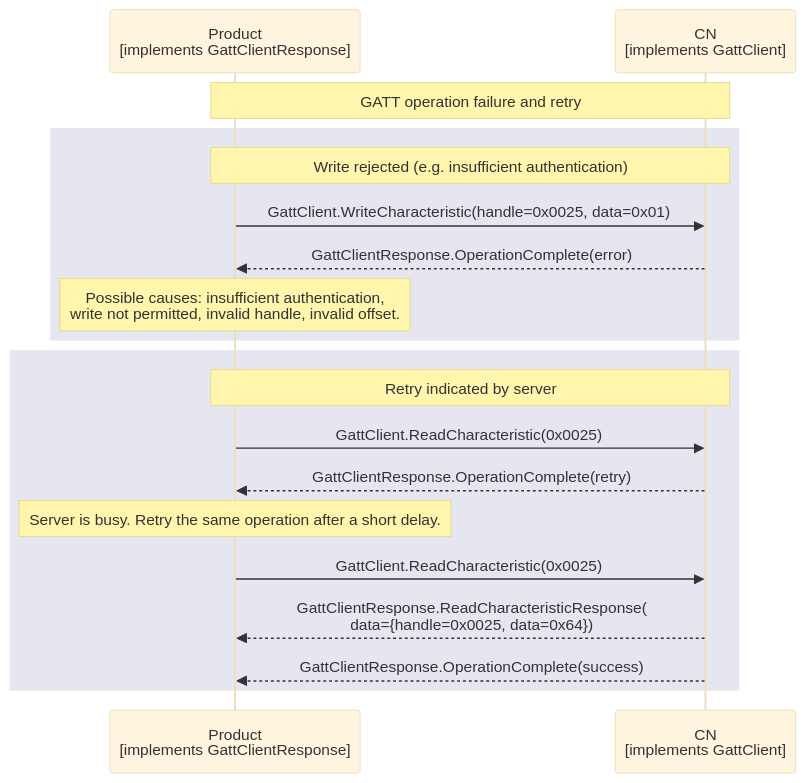
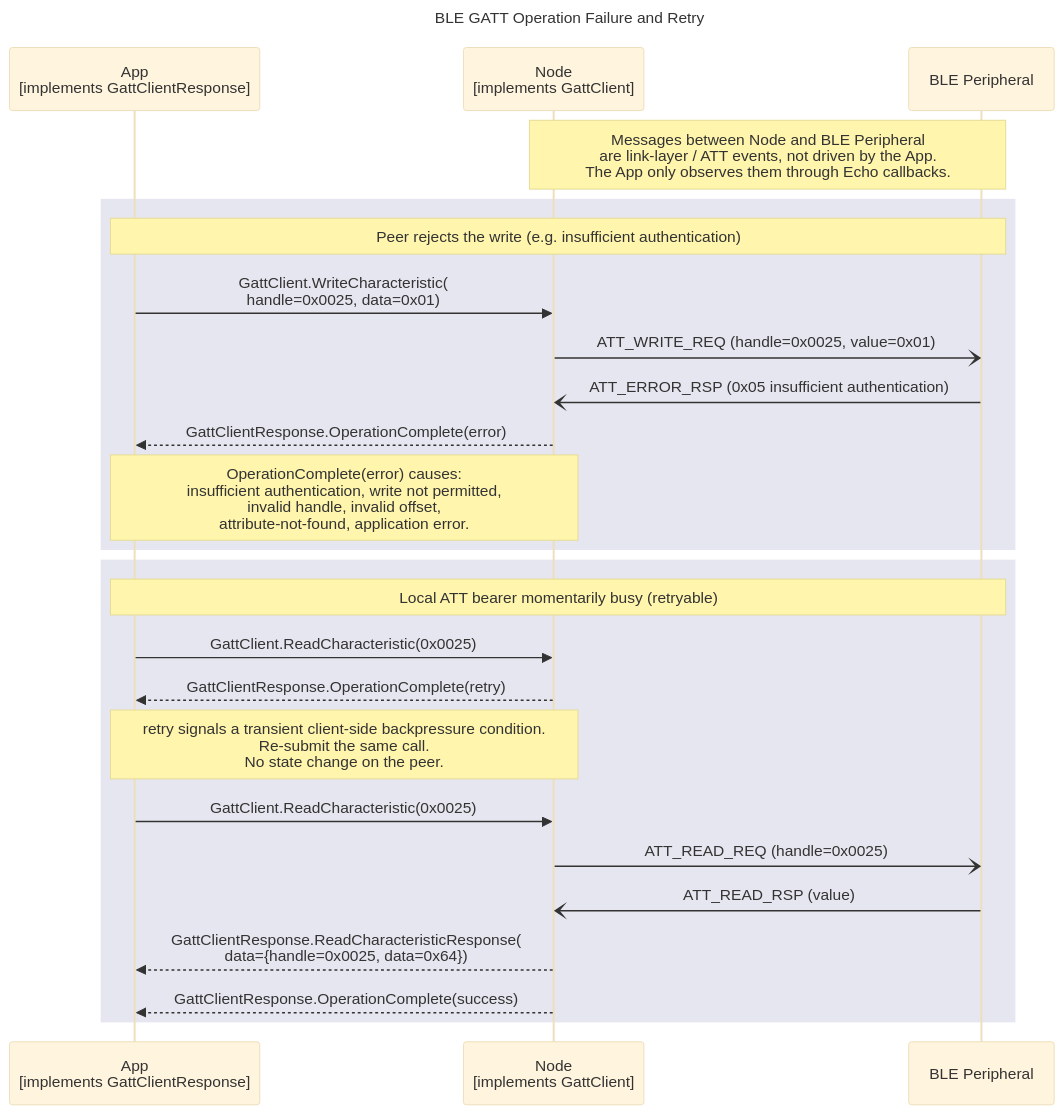
The diagram in documents/modules/ROOT/partials/echoservices/gatt_client/GattClient_OperationFailure_sequence.mmd (philips-software/amp-embedded-infra-lib), drawn with Mermaid (base theme) before and after one commit. The commit also changed 25 other files, not shown here.

Commit message:
align maturity with gap uml diagrams

```diff
--- a/documents/modules/ROOT/partials/echoservices/gatt_client/GattClient_OperationFailure_sequence.mmd
+++ b/documents/modules/ROOT/partials/echoservices/gatt_client/GattClient_OperationFailure_sequence.mmd
@@ -1,25 +1,30 @@
 sequenceDiagram
-    participant Product as Product<br>[implements GattClientResponse]
-    participant CN as CN<br>[implements GattClient]
+    title BLE GATT Operation Failure and Retry
 
-    Note over Product, CN: GATT operation failure and retry
+    participant App as App<br>[implements GattClientResponse]
+    participant Node as Node<br>[implements GattClient]
+    participant Peripheral as BLE Peripheral
+
+    Note over Node, Peripheral: Messages between Node and BLE Peripheral<br>are link-layer / ATT events, not driven by the App.<br>The App only observes them through Echo callbacks.
 
     rect rgb(230, 230, 240)
-        note over Product, CN: Write rejected (e.g. insufficient authentication)
-        Product->>CN: GattClient.WriteCharacteristic(handle=0x0025, data=0x01)
-        CN-->>Product: GattClientResponse.OperationComplete(error)
-
-        Note over Product: Possible causes: insufficient authentication,<br>write not permitted, invalid handle, invalid offset.
+        note over App, Peripheral: Peer rejects the write (e.g. insufficient authentication)
+        App->>Node: GattClient.WriteCharacteristic(<br>handle=0x0025, data=0x01)
+        Node-)Peripheral: ATT_WRITE_REQ (handle=0x0025, value=0x01)
+        Peripheral-)Node: ATT_ERROR_RSP (0x05 insufficient authentication)
+        Node-->>App: GattClientResponse.OperationComplete(error)
+        Note over App, Node: OperationComplete(error) causes:<br>insufficient authentication, write not permitted,<br>invalid handle, invalid offset,<br>attribute-not-found, application error.
     end
 
     rect rgb(230, 230, 240)
-        note over Product, CN: Retry indicated by server
-        Product->>CN: GattClient.ReadCharacteristic(0x0025)
-        CN-->>Product: GattClientResponse.OperationComplete(retry)
+        note over App, Peripheral: Local ATT bearer momentarily busy (retryable)
+        App->>Node: GattClient.ReadCharacteristic(0x0025)
+        Node-->>App: GattClientResponse.OperationComplete(retry)
+        Note over App, Node: retry signals a transient client-side backpressure condition.<br>Re-submit the same call.<br>No state change on the peer.
 
-        Note over Product: Server is busy. Retry the same operation after a short delay.
-
-        Product->>CN: GattClient.ReadCharacteristic(0x0025)
-        CN-->>Product: GattClientResponse.ReadCharacteristicResponse(<br>data={handle=0x0025, data=0x64})
-        CN-->>Product: GattClientResponse.OperationComplete(success)
+        App->>Node: GattClient.ReadCharacteristic(0x0025)
+        Node-)Peripheral: ATT_READ_REQ (handle=0x0025)
+        Peripheral-)Node: ATT_READ_RSP (value)
+        Node-->>App: GattClientResponse.ReadCharacteristicResponse(<br>data={handle=0x0025, data=0x64})
+        Node-->>App: GattClientResponse.OperationComplete(success)
     end
```
